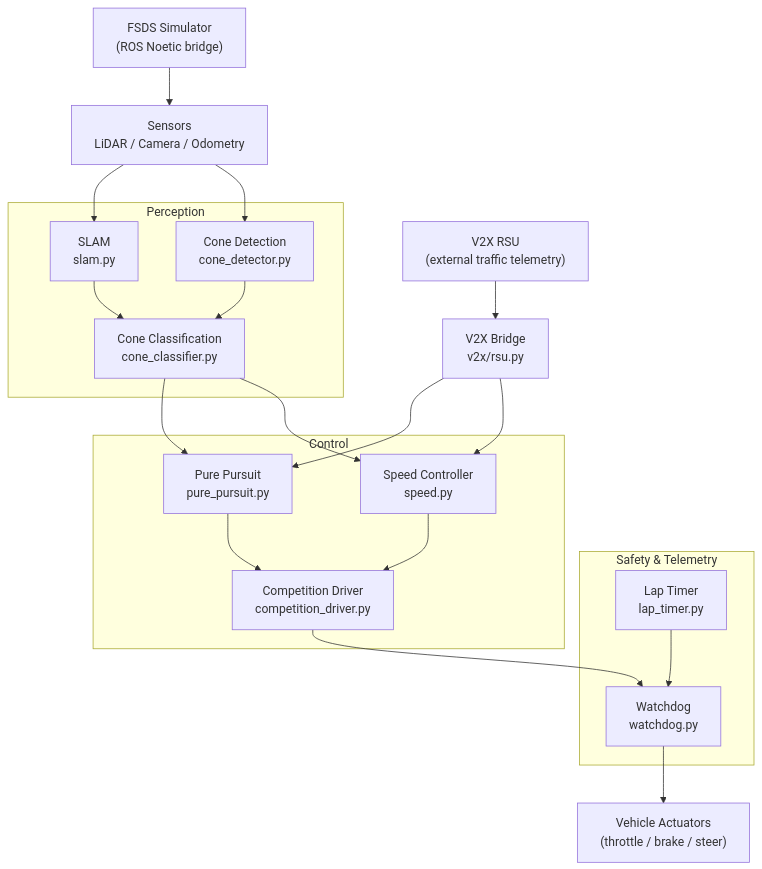
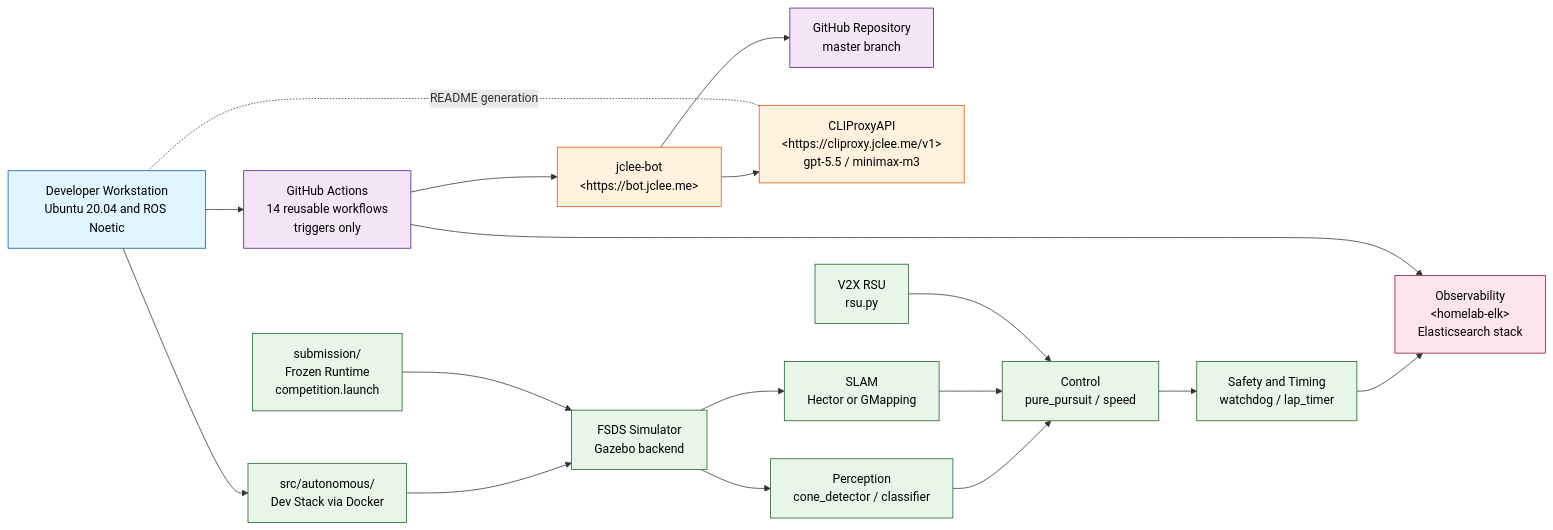
One commit to jclee941/hycu_fsds changed the diagram in README.md. Above: the diagram before and after it, drawn with Mermaid. The commit also changed other lines of this file, not shown here.

````diff
--- a/README.md
+++ b/README.md
@@ -66,42 +79,40 @@
 ```mermaid
-flowchart TB
-    SIM["FSDS Simulator<br/>(ROS Noetic bridge)"]
-    RSU["V2X RSU<br/>(external traffic telemetry)"]
-    SENS["Sensors<br/>LiDAR / Camera / Odometry"]
+flowchart LR
+    classDef dev fill:#e1f5ff,stroke:#01579b,color:#000
+    classDef gh fill:#f3e5f5,stroke:#4a148c,color:#000
+    classDef bot fill:#fff3e0,stroke:#e65100,color:#000
+    classDef runtime fill:#e8f5e9,stroke:#1b5e20,color:#000
+    classDef obs fill:#fce4ec,stroke:#880e4f,color:#000
 
-    subgraph PERC["Perception"]
-        SLAM["SLAM<br/>slam.py"]
-        DET["Cone Detection<br/>cone_detector.py"]
-        CLS["Cone Classification<br/>cone_classifier.py"]
-    end
+    Dev["Developer Workstation<br/>Ubuntu 20.04 and ROS Noetic"]:::dev
+    Repo["GitHub Repository<br/>master branch"]:::gh
+    Actions["GitHub Actions<br/>14 reusable workflows<br/>triggers only"]:::gh
+    Bot["jclee-bot<br/>&lt;https://bot.jclee.me&gt;"]:::bot
+    Proxy["CLIProxyAPI<br/>&lt;https://cliproxy.jclee.me/v1&gt;<br/>gpt-5.5 / minimax-m3"]:::bot
+    DevStack["src/autonomous/<br/>Dev Stack via Docker"]:::runtime
+    SubStack["submission/<br/>Frozen Runtime<br/>competition.launch"]:::runtime
+    Sim["FSDS Simulator<br/>Gazebo backend"]:::runtime
+    Perc["Perception<br/>cone_detector / classifier"]:::runtime
+    Slam["SLAM<br/>Hector or GMapping"]:::runtime
+    Ctrl["Control<br/>pure_pursuit / speed"]:::runtime
+    Safe["Safety and Timing<br/>watchdog / lap_timer"]:::runtime
+    V2X["V2X RSU<br/>rsu.py"]:::runtime
+    ELK["Observability<br/>&lt;homelab-elk&gt;<br/>Elasticsearch stack"]:::obs
 
-    subgraph SAFE["Safety &amp; Telemetry"]
-        WD["Watchdog<br/>watchdog.py"]
-        LT["Lap Timer<br/>lap_timer.py"]
-    end
-
-    subgraph CTRL["Control"]
-        PP["Pure Pursuit<br/>pure_pursuit.py"]
-        SPD["Speed Controller<br/>speed.py"]
-        DRV["Competition Driver<br/>competition_driver.py"]
-    end
-
-    V2X["V2X Bridge<br/>v2x/rsu.py"]
-    ACT["Vehicle Actuators<br/>(throttle / brake / steer)"]
-
-    SIM --> SENS
-    SENS --> SLAM
-    SENS --> DET
-    SLAM --> CLS
-    DET --> CLS
-    RSU --> V2X
-    V2X --> PP
-    V2X --> SPD
-    CLS --> PP
-    CLS --> SPD
-    PP --> DRV
-    SPD --> DRV
-    DRV --> WD
-    LT --> WD
-    WD --> ACT
+    Dev --> Actions
+    Actions --> Bot
+    Bot --> Proxy
+    Proxy -. README generation .- Dev
+    Dev --> DevStack
+    DevStack --> Sim
+    SubStack --> Sim
+    Sim --> Perc
+    Sim --> Slam
+    Perc --> Ctrl
+    Slam --> Ctrl
+    Ctrl --> Safe
+    V2X --> Ctrl
+    Safe --> ELK
+    Bot --> Repo
+    Actions --> ELK
 ```
````
